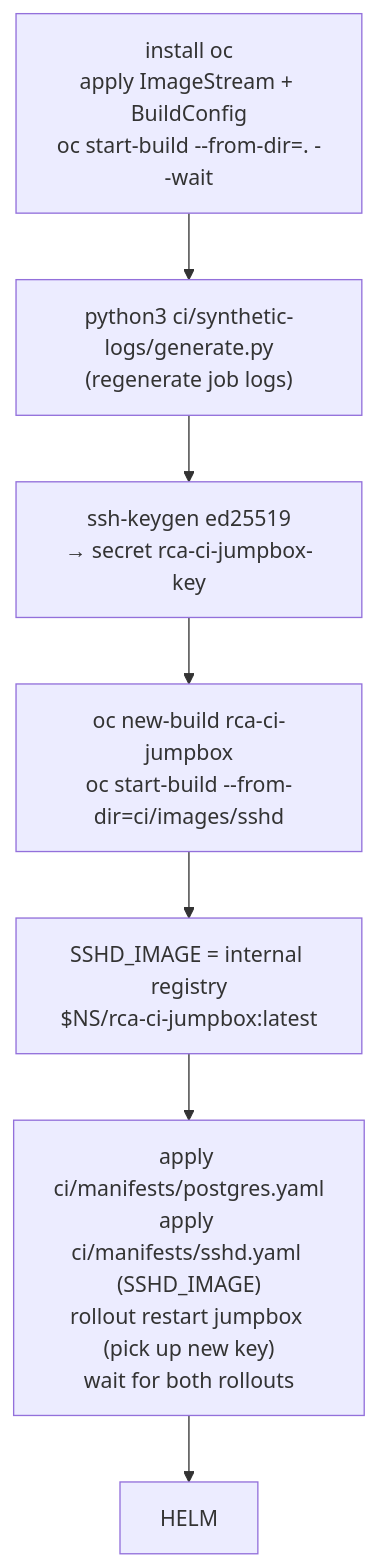
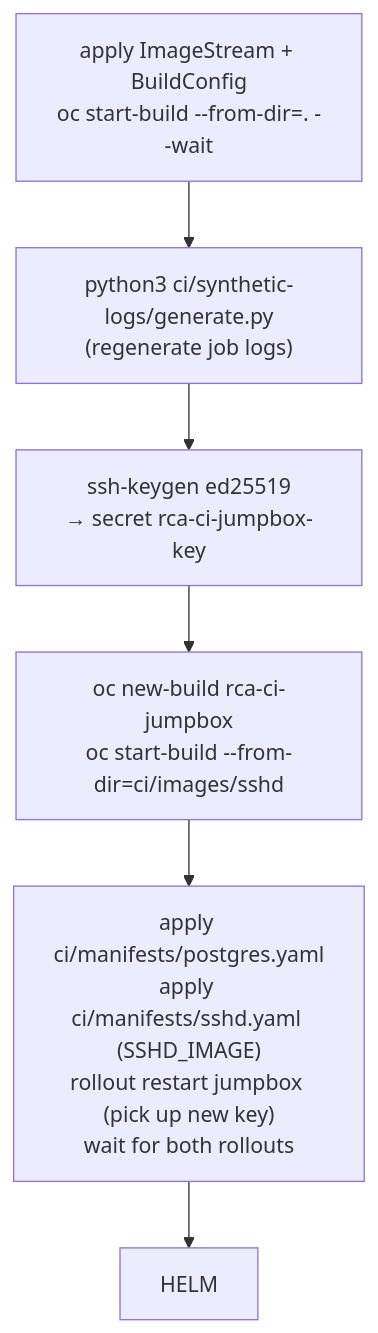
Before and after one commit to rhpds/aap2-rca-agent: the fourth of 7 diagrams in docs/ci-flow.md, drawn with Mermaid. The commit also changed other lines of this file and 1 other file, not shown here.

First line of the commit message:
chore(ci): install oc once and fold setup into a single step

````diff
--- a/docs/ci-flow.md
+++ b/docs/ci-flow.md
@@ -69,12 +73,11 @@
 ```mermaid
 flowchart TD
-    B1["install oc<br/>apply ImageStream + BuildConfig<br/>oc start-build --from-dir=. --wait"]
+    BUILD["apply ImageStream + BuildConfig<br/>oc start-build --from-dir=. --wait"]
 
-    B1 --> GEN["python3 ci/synthetic-logs/generate.py<br/>(regenerate job logs)"] --> KEY["ssh-keygen ed25519<br/>→ secret rca-ci-jumpbox-key"]
+    BUILD --> GEN["python3 ci/synthetic-logs/generate.py<br/>(regenerate job logs)"] --> KEY["ssh-keygen ed25519<br/>→ secret rca-ci-jumpbox-key"]
 
     KEY --> SB1["oc new-build rca-ci-jumpbox<br/>oc start-build --from-dir=ci/images/sshd"]
-    SB1 --> RES2["SSHD_IMAGE = internal registry<br/>$NS/rca-ci-jumpbox:latest"]
 
-    RES2 --> INFRA["apply ci/manifests/postgres.yaml<br/>apply ci/manifests/sshd.yaml (SSHD_IMAGE)<br/>rollout restart jumpbox (pick up new key)<br/>wait for both rollouts"]
+    SB1 --> INFRA["apply ci/manifests/postgres.yaml<br/>apply ci/manifests/sshd.yaml (SSHD_IMAGE)<br/>rollout restart jumpbox (pick up new key)<br/>wait for both rollouts"]
     INFRA --> HELM
 ```
````
